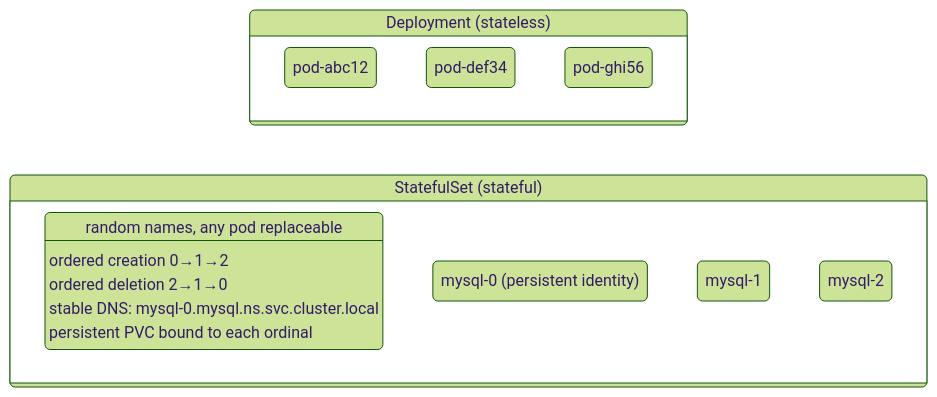
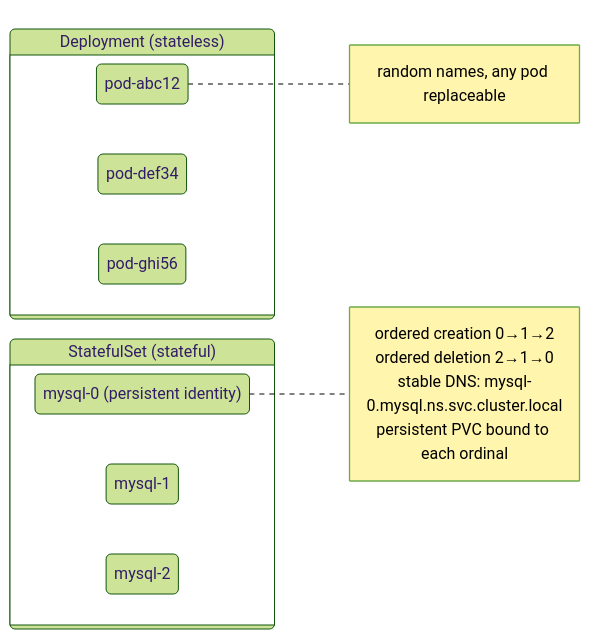
Before and after one commit to choisimo/document: diagram 18 of 26 in content/docs/books/devops/docker-kubernetes-internals.md, drawn with Mermaid (forest theme). The commit also changed other lines of this file and 432 other files, not shown here.

````diff
--- a/content/docs/books/devops/docker-kubernetes-internals.md
+++ b/content/docs/books/devops/docker-kubernetes-internals.md
@@ -343,16 +343,23 @@
 ```mermaid
 stateDiagram-v2
   direction LR
   state "Deployment (stateless)" as DEP {
     p1: pod-abc12
     p2: pod-def34
     p3: pod-ghi56
-    note: random names, any pod replaceable
+    note right of p1
+      random names, any pod replaceable
+    end note
   }
   state "StatefulSet (stateful)" as STS {
     s0: mysql-0 (persistent identity)
     s1: mysql-1
     s2: mysql-2
-    note: ordered creation 0→1→2\nordered deletion 2→1→0\nstable DNS: mysql-0.mysql.ns.svc.cluster.local\npersistent PVC bound to each ordinal
+    note right of s0
+      ordered creation 0→1→2
+      ordered deletion 2→1→0
+      stable DNS: mysql-0.mysql.ns.svc.cluster.local
+      persistent PVC bound to each ordinal
+    end note
   }
 ```
````
